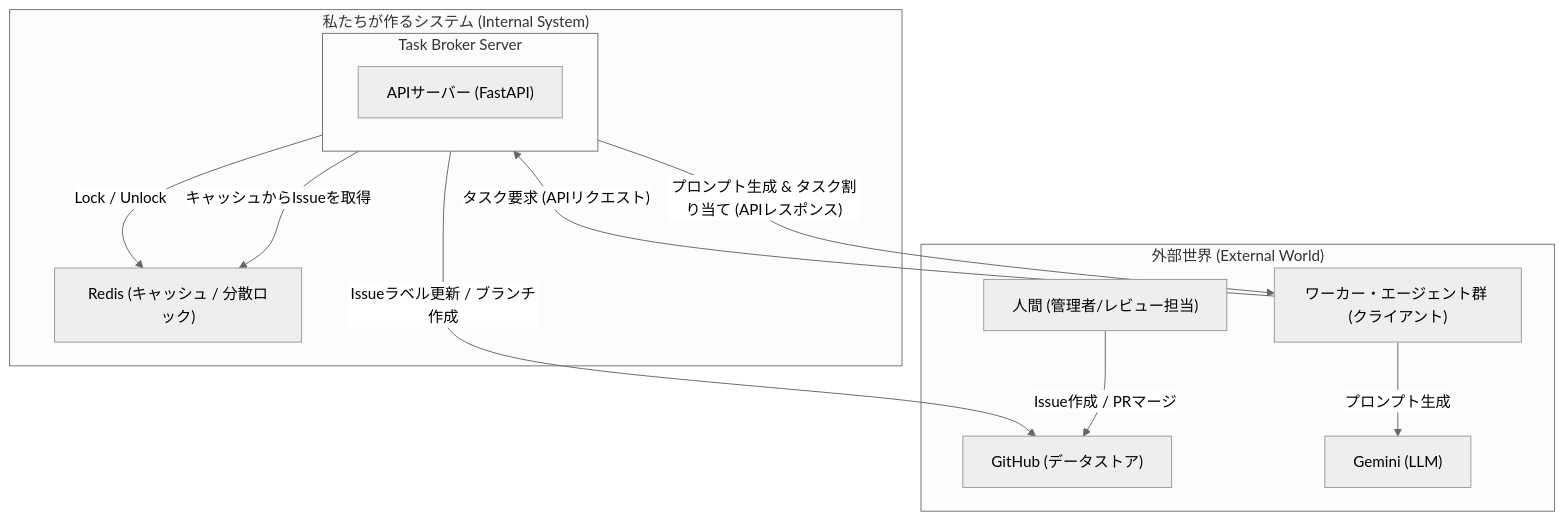
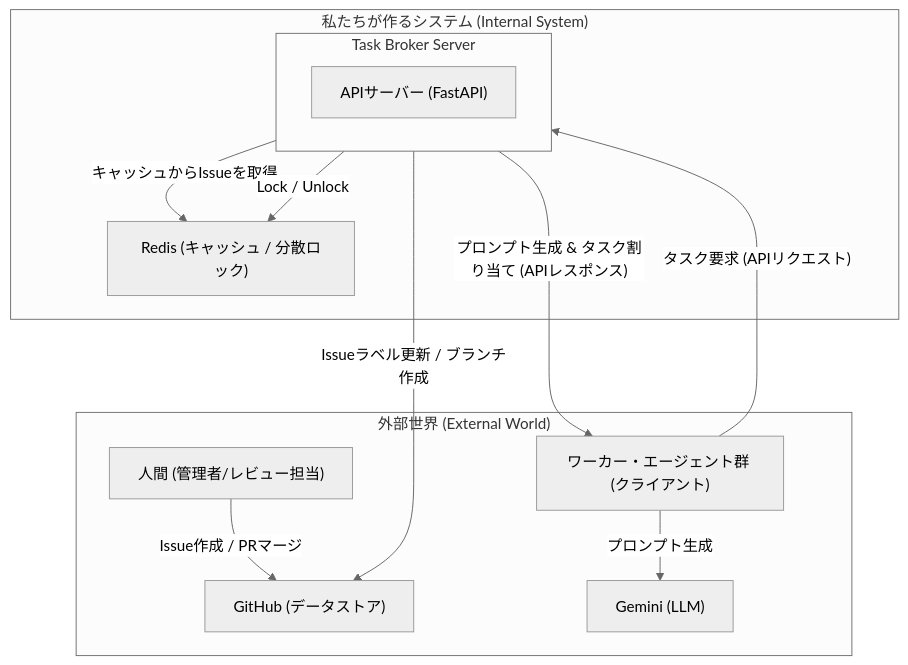
Before and after one commit to masa-codehub/github_broker: the first of 2 diagrams in docs/architecture/system_context.md, drawn with Mermaid (neutral theme).

````diff
--- a/docs/architecture/system_context.md
+++ b/docs/architecture/system_context.md
@@ -33,27 +33,34 @@
 ```mermaid
 graph TD
-    subgraph "外部世界 (External World)"
-        Human["人間 (管理者/レビュー担当)"]
-        Workers["ワーカー・エージェント群 (クライアント)"]
-        GitHub["GitHub (データストア)"]
-        Gemini["Gemini (LLM)"]
-    end
-
     subgraph "私たちが作るシステム (Internal System)"
         subgraph "Task Broker Server"
             direction LR
             ApiServer["APIサーバー (FastAPI)"]
         end
         Redis["Redis (キャッシュ / 分散ロック)"]
     end
 
+    subgraph "外部世界 (External World)"
+        Human["人間 (管理者/レビュー担当)"]
+        Workers["ワーカー・エージェント群 (クライアント)"]
+        GitHub["GitHub (データストア)"]
+        Gemini["Gemini (LLM)"]
+    end
+
     %% システム間の連携
     Human -- "Issue作成 / PRマージ" --> GitHub
+    ApiServer -- "Issueラベル更新 / ブランチ作成" --> GitHub
+    ApiServer -- "キャッシュからIssueを取得" --> Redis
+    ApiServer -- "Lock / Unlock" --> Redis
+
     Workers -- "タスク要求 (APIリクエスト)" --> ApiServer
     ApiServer -- "プロンプト生成 & タスク割り当て (APIレスポンス)" --> Workers
     Workers -- "プロンプト生成" --> Gemini
 
-    ApiServer -- "キャッシュからIssueを取得" --> Redis
-    ApiServer -- "Lock / Unlock" --> Redis
-    ApiServer -- "Issueラベル更新 / ブランチ作成" --> GitHub
+    %% ▼▼▼ ここから追加 ▼▼▼
+    %% 上下のレイアウトを固定するための、見えないリンク
+    Redis --> Human
+    linkStyle 7 stroke-width:0px, stroke:transparent
+    %% ▲▲▲ ここまで追加 ▲▲▲
+
 ```
````
